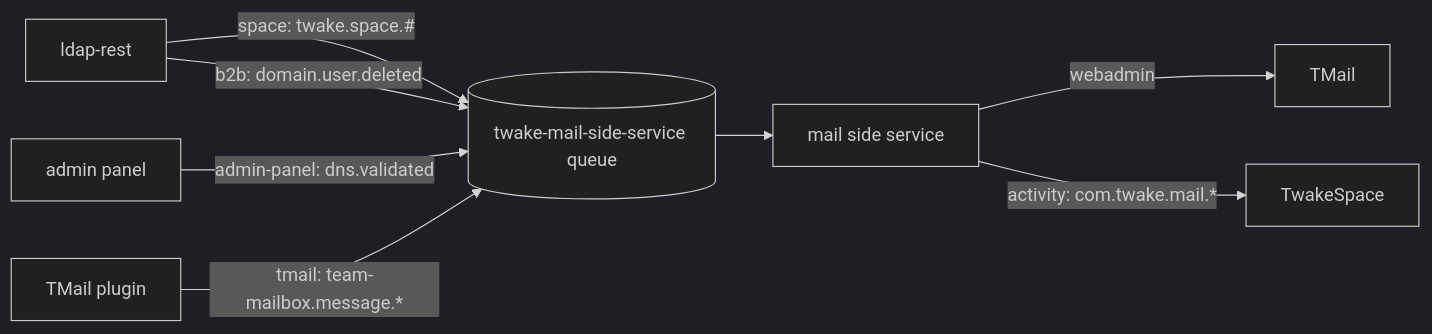
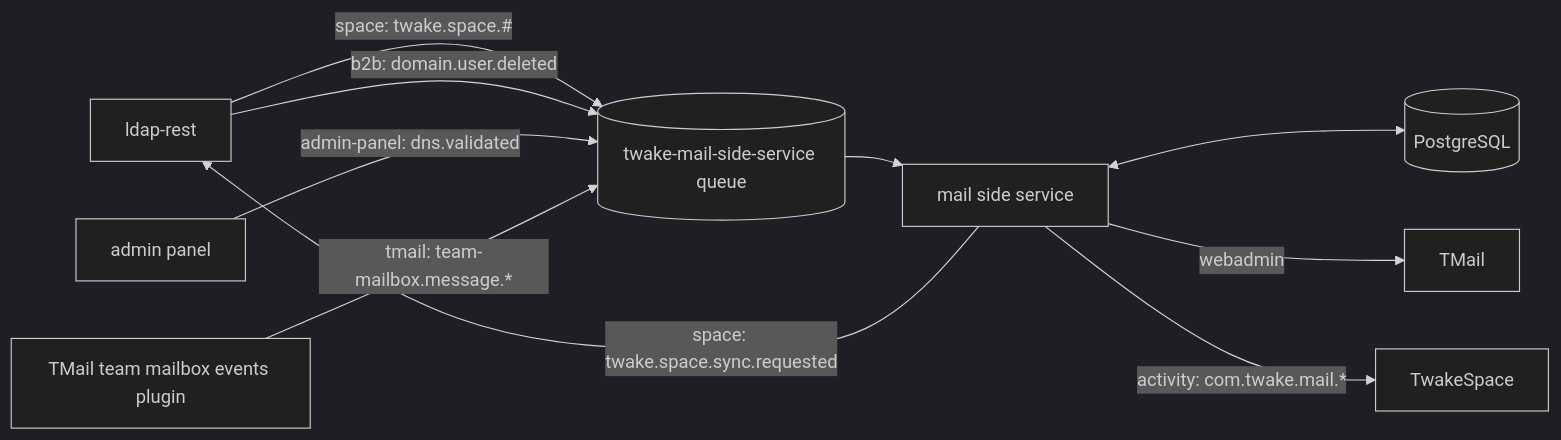
The first of 3 diagrams in docs/architecture.md (linagora/twake-mail-side-service), drawn with Mermaid (dark theme) before and after one commit. The commit also changed other lines of this file and 6 other files, not shown here.

Commit message:
docs: dependencies, events, team mailboxes and data model

````diff
--- a/docs/architecture.md
+++ b/docs/architecture.md
@@ -16,10 +9,12 @@
 ```mermaid
 flowchart LR
   ldap[ldap-rest] -->|space: twake.space.#| q[(twake-mail-side-service queue)]
   ldap -->|b2b: domain.user.deleted| q
   admin[admin panel] -->|admin-panel: dns.validated| q
-  plugin[TMail plugin] -->|tmail: team-mailbox.message.*| q
+  plugin[TMail team mailbox events plugin] -->|tmail: team-mailbox.message.*| q
   q --> svc[mail side service]
+  svc <--> db[(PostgreSQL)]
   svc -->|webadmin| tmail[TMail]
   svc -->|activity: com.twake.mail.*| space[TwakeSpace]
+  svc -->|space: twake.space.sync.requested| ldap
 ```
````
